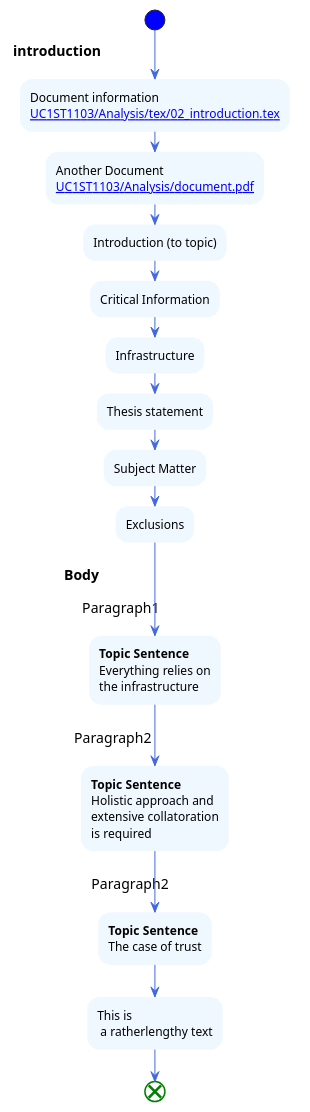
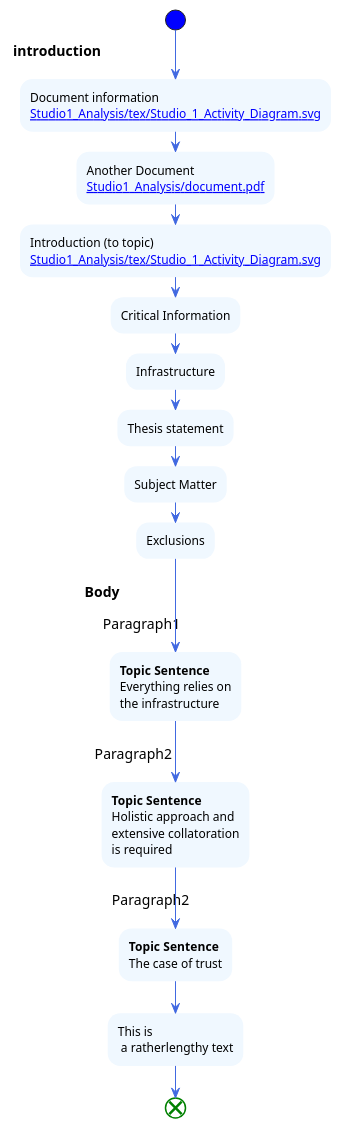
Before and after one commit to Dale-NUC/Studio1_Analysis: the first of 3 diagrams in tex/uml/CII.plantuml, drawn with PlantUML. The commit also changed other lines of this file and 1 other file, not shown here.

Commit message:
SVG test

```diff
--- a/tex/uml/CII.plantuml
+++ b/tex/uml/CII.plantuml
@@ -1,52 +1,53 @@
 @startuml Studio_1_Activity_Diagram
 
 skinparam ActivityFontColor automatic
 skinparam ActivityBackgroundColor #AliceBlue
 skinparam ActivityBorderColor #transparent
 skinparam ActivityStartColor #Blue
 skinparam ActivityEndColor #Green
 skinparam PartitionBorderColor #white
 skinparam ArrowColor #RoyalBlue
 
 start
 
 partition **introduction** {
     :Document information
-    [[UC1ST1103/Analysis/tex/02_introduction.tex]];
+    [[Studio1_Analysis/tex/Studio_1_Activity_Diagram.svg]];
     :Another Document
-    [[UC1ST1103/Analysis/document.pdf]];
-    :Introduction (to topic);
+    [[Studio1_Analysis/document.pdf]];
+    :Introduction (to topic)
+    [[Studio1_Analysis/tex/Studio_1_Activity_Diagram.svg]];
     :Critical Information;
     :Infrastructure;
     :Thesis statement;
     :Subject Matter;
     :Exclusions;
 }
 
 partition **Body** {
     partition Paragraph1 {
         :**Topic Sentence**
         Everything relies on
         the infrastructure;
 
     }
     
     partition Paragraph2 {
         :**Topic Sentence**
         Holistic approach and
         extensive collatoration
         is required;
     }
     
     partition Paragraph2 {
         :**Topic Sentence**
         The case of trust;
     }
     
     :This is
      a ratherlengthy text;
 }
 
 end
 
 @enduml
```
